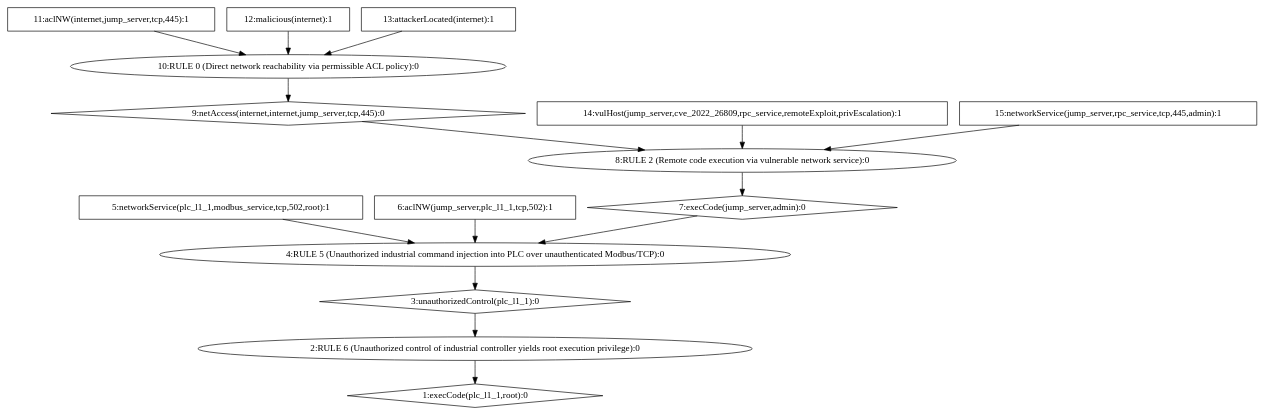
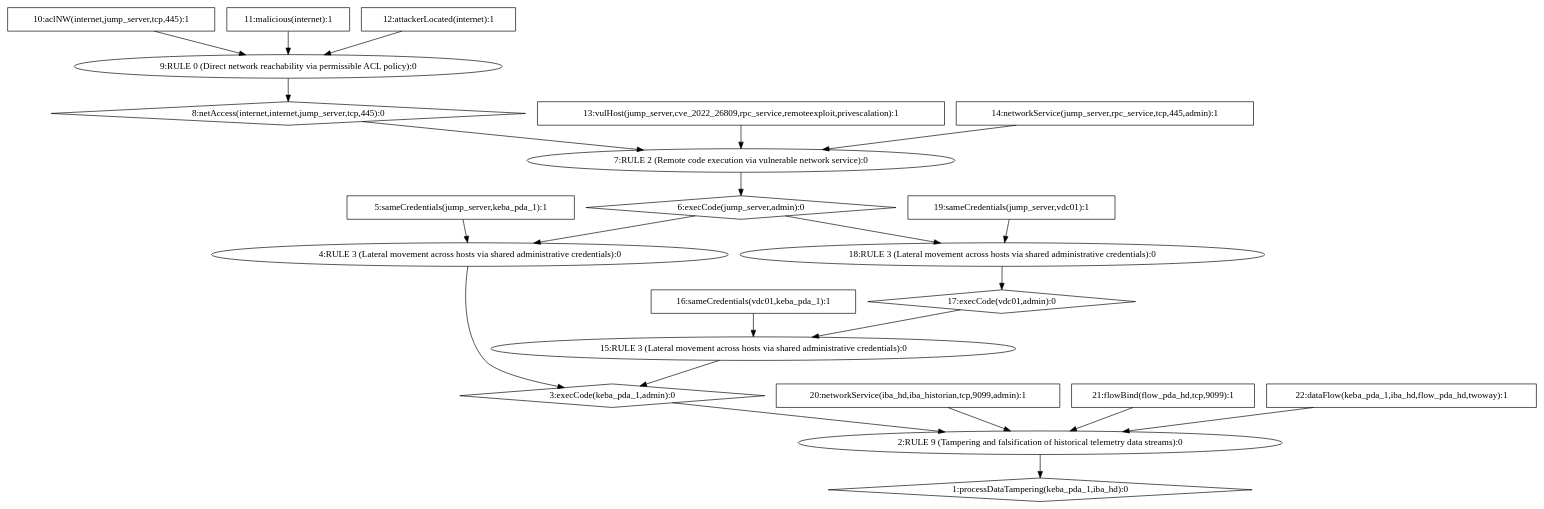
Before and after one commit to kacurrelsja/MULVAL: the diagram in ot_pipeline/results/dot/AttackGraph_08_Historian_Data_Tampering.dot, drawn with Graphviz. The commit also changed 52 other files, not shown here.

```diff
--- a/ot_pipeline/results/dot/AttackGraph_08_Historian_Data_Tampering.dot
+++ b/ot_pipeline/results/dot/AttackGraph_08_Historian_Data_Tampering.dot
@@ -1,31 +1,46 @@
 digraph G {
-	1 [label="1:execCode(plc_l1_1,root):0",shape=diamond];
-	2 [label="2:RULE 6 (Unauthorized control of industrial controller yields root execution privilege):0",shape=ellipse];
-	3 [label="3:unauthorizedControl(plc_l1_1):0",shape=diamond];
-	4 [label="4:RULE 5 (Unauthorized industrial command injection into PLC over unauthenticated Modbus/TCP):0",shape=ellipse];
-	5 [label="5:networkService(plc_l1_1,modbus_service,tcp,502,root):1",shape=box];
-	6 [label="6:aclNW(jump_server,plc_l1_1,tcp,502):1",shape=box];
-	7 [label="7:execCode(jump_server,admin):0",shape=diamond];
-	8 [label="8:RULE 2 (Remote code execution via vulnerable network service):0",shape=ellipse];
-	9 [label="9:netAccess(internet,internet,jump_server,tcp,445):0",shape=diamond];
-	10 [label="10:RULE 0 (Direct network reachability via permissible ACL policy):0",shape=ellipse];
-	11 [label="11:aclNW(internet,jump_server,tcp,445):1",shape=box];
-	12 [label="12:malicious(internet):1",shape=box];
-	13 [label="13:attackerLocated(internet):1",shape=box];
-	14 [label="14:vulHost(jump_server,cve_2022_26809,rpc_service,remoteExploit,privEscalation):1",shape=box];
-	15 [label="15:networkService(jump_server,rpc_service,tcp,445,admin):1",shape=box];
+	1 [label="1:processDataTampering(keba_pda_1,iba_hd):0",shape=diamond];
+	2 [label="2:RULE 9 (Tampering and falsification of historical telemetry data streams):0",shape=ellipse];
+	3 [label="3:execCode(keba_pda_1,admin):0",shape=diamond];
+	4 [label="4:RULE 3 (Lateral movement across hosts via shared administrative credentials):0",shape=ellipse];
+	5 [label="5:sameCredentials(jump_server,keba_pda_1):1",shape=box];
+	6 [label="6:execCode(jump_server,admin):0",shape=diamond];
+	7 [label="7:RULE 2 (Remote code execution via vulnerable network service):0",shape=ellipse];
+	8 [label="8:netAccess(internet,internet,jump_server,tcp,445):0",shape=diamond];
+	9 [label="9:RULE 0 (Direct network reachability via permissible ACL policy):0",shape=ellipse];
+	10 [label="10:aclNW(internet,jump_server,tcp,445):1",shape=box];
+	11 [label="11:malicious(internet):1",shape=box];
+	12 [label="12:attackerLocated(internet):1",shape=box];
+	13 [label="13:vulHost(jump_server,cve_2022_26809,rpc_service,remoteexploit,privescalation):1",shape=box];
+	14 [label="14:networkService(jump_server,rpc_service,tcp,445,admin):1",shape=box];
+	15 [label="15:RULE 3 (Lateral movement across hosts via shared administrative credentials):0",shape=ellipse];
+	16 [label="16:sameCredentials(vdc01,keba_pda_1):1",shape=box];
+	17 [label="17:execCode(vdc01,admin):0",shape=diamond];
+	18 [label="18:RULE 3 (Lateral movement across hosts via shared administrative credentials):0",shape=ellipse];
+	19 [label="19:sameCredentials(jump_server,vdc01):1",shape=box];
+	20 [label="20:networkService(iba_hd,iba_historian,tcp,9099,admin):1",shape=box];
+	21 [label="21:flowBind(flow_pda_hd,tcp,9099):1",shape=box];
+	22 [label="22:dataFlow(keba_pda_1,iba_hd,flow_pda_hd,twoway):1",shape=box];
 	5 -> 	4;
+	10 -> 	9;
+	11 -> 	9;
+	12 -> 	9;
+	9 -> 	8;
+	8 -> 	7;
+	13 -> 	7;
+	14 -> 	7;
+	7 -> 	6;
 	6 -> 	4;
-	11 -> 	10;
-	12 -> 	10;
-	13 -> 	10;
-	10 -> 	9;
-	9 -> 	8;
-	14 -> 	8;
-	15 -> 	8;
-	8 -> 	7;
-	7 -> 	4;
 	4 -> 	3;
+	16 -> 	15;
+	19 -> 	18;
+	6 -> 	18;
+	18 -> 	17;
+	17 -> 	15;
+	15 -> 	3;
 	3 -> 	2;
+	20 -> 	2;
+	21 -> 	2;
+	22 -> 	2;
 	2 -> 	1;
 }
```
